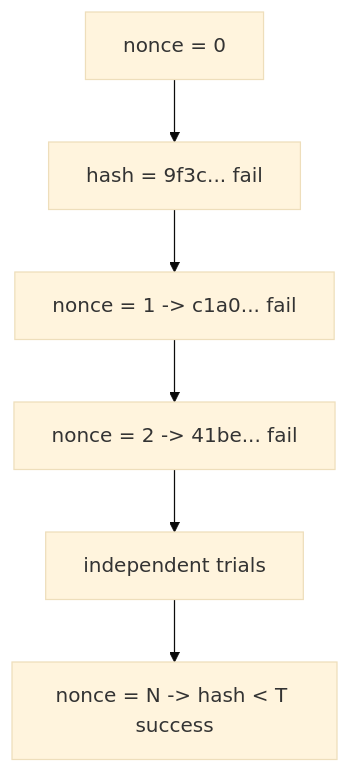
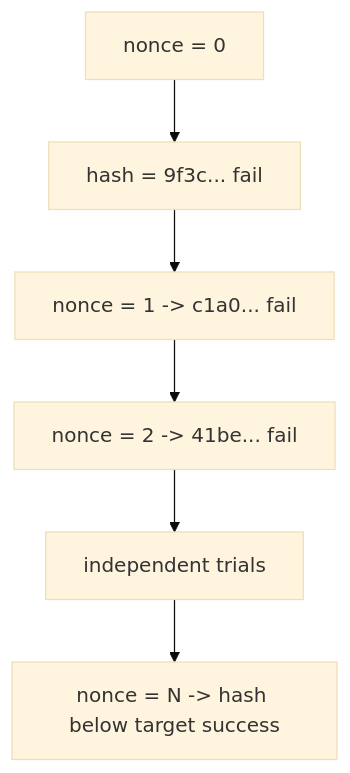
The first of 2 diagrams in Concepts/4 - Proof of Work.md (openarbx/blockchain_math_vault), drawn with Mermaid (base theme) before and after one commit. The commit also changed other lines of this file, not shown here.

Commit message:
Fix Mermaid and MathJax syntax in proof-of-work note

````diff
--- a/Concepts/4 - Proof of Work.md
+++ b/Concepts/4 - Proof of Work.md
@@ -275,8 +275,8 @@
 ```mermaid
 flowchart TD
     START["nonce = 0"] --> H1["hash = 9f3c... fail"]
     H1 --> H2["nonce = 1 -> c1a0... fail"]
     H2 --> H3["nonce = 2 -> 41be... fail"]
     H3 --> DOTS["independent trials"]
-    DOTS --> WIN["nonce = N -> hash < T success"]
+    DOTS --> WIN["nonce = N -> hash below target success"]
 ```
````
